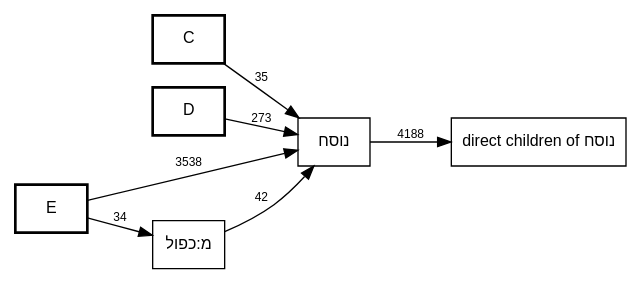
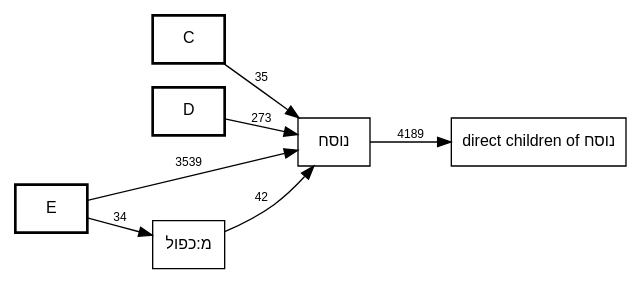
The diagram in out/MAM-tmpl-survey/plus-nusach-call-graph.dot (bdenckla/MAM-basics), drawn with Graphviz before and after one commit. The commit also changed 18 other files, not shown here.

```diff
--- a/out/MAM-tmpl-survey/plus-nusach-call-graph.dot
+++ b/out/MAM-tmpl-survey/plus-nusach-call-graph.dot
@@ -1,60 +1,60 @@
 digraph template_call_graph {
     rankdir=LR;
     node [fontname="SBL Hebrew,Helvetica", fontsize=12];
     edge [fontname="Helvetica", fontsize=9];
 
     // Column nodes
     node [shape=box, style=bold];
     "C";
     "D";
     "E";
 
     // Template nodes
     node [shape=box, style=""];
     "direct children of נוסח" [tooltip="כו\"ק
 כתיב ולא קרי
 מ:אות-מיוחדת-במילה
 מ:אין פרשה בתחילת פרק
 מ:אין פרשה בתחילת פרק בספרי אמ\"ת
 מ:דחי
 מ:הערה-2
 מ:כו\"ק בין שני מקפים
 מ:כו\"ק כתיב מילה חדה וקרי תרתין מילין
 מ:כו\"ק כתיב מילה חדה וקרי תרתין מילין בין שני מקפים
 מ:כו\"ק כתיב תרתין מילין וקרי מילה חדה
 מ:כו\"ק קרי שונה מהכתיב בשתי מילים
 מ:כו\"ק של שלוש מילים בהערה אחת
 מ:כו\"ק של שתי מילים בהערה אחת
 מ:לגרמיה-2
 מ:מקף אפור
 מ:נו\"ן הפוכה
 מ:פסוק
 מ:פסק
 מ:צינור
 מ:קו\"כ כתיב מילה חדה וקרי תרתין מילין
 מ:קו\"כ קרי שונה מהכתיב בשתי מילים
 מ:קישור בהערה
 מ:קישור פנימי בהערה
 מ:קמץ
 מודגש
 סס
 ססס
 פפ
 פפפ
 קו\"כ
 קו\"כ-אם
 קרי ולא כתיב
 ר0
 ר1
 ר3
 ר4
 ש"];
 
     // Edges
     "C" -> "נוסח" [label="35"];
     "D" -> "נוסח" [label="273"];
     "E" -> "מ:כפול" [label="34"];
-    "E" -> "נוסח" [label="3538"];
+    "E" -> "נוסח" [label="3539"];
     "מ:כפול" -> "נוסח" [label="42"];
-    "נוסח" -> "direct children of נוסח" [label="4188"];
+    "נוסח" -> "direct children of נוסח" [label="4189"];
 }
```
